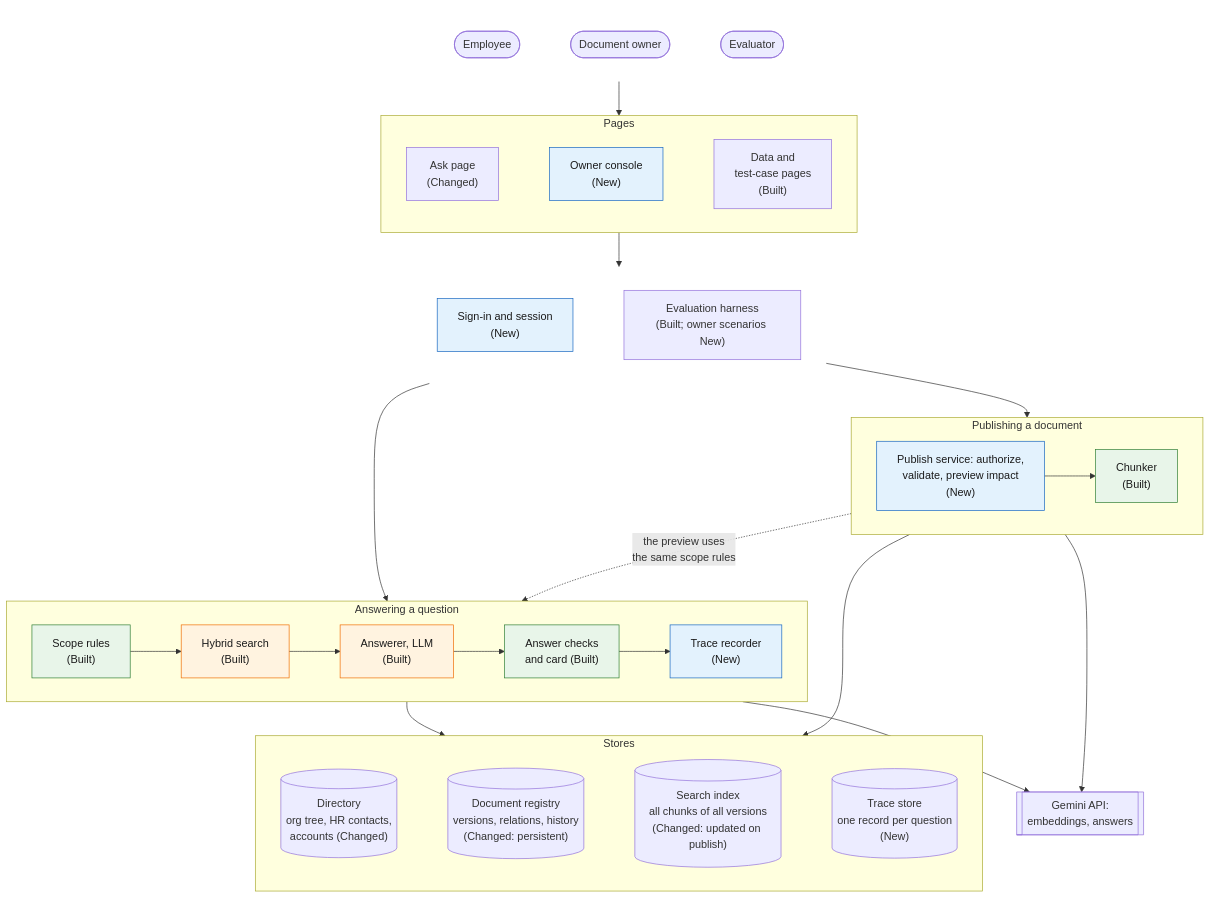
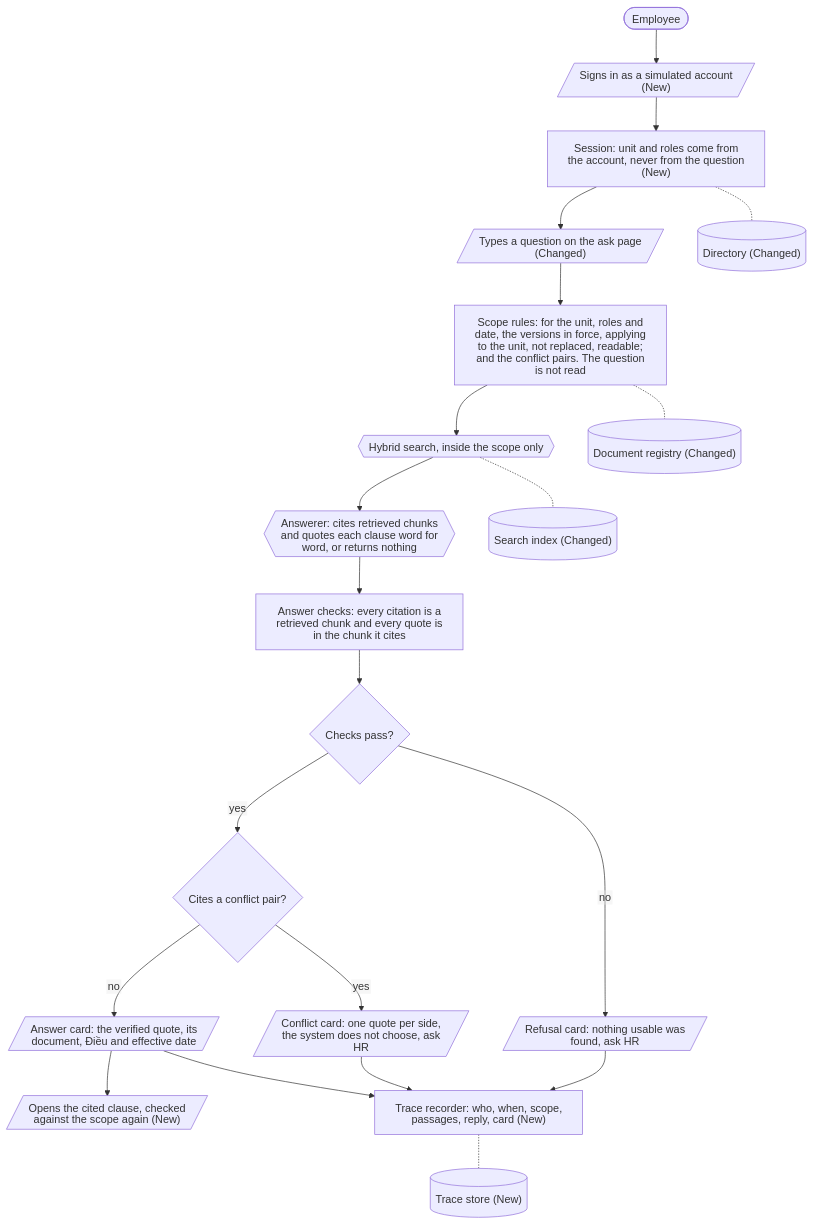
Before and after one commit to Park-Hip/next-gen-2026: the first of 7 diagrams in docs/system_design.md, drawn with Mermaid. The commit also changed other lines of this file, not shown here.

Commit message:
System design: contents table, spec as the requirements source, one shape-coded flowchart per workflow

````diff
--- a/docs/system_design.md
+++ b/docs/system_design.md
@@ -111,72 +77,43 @@
 ```mermaid
-flowchart TB
-    subgraph people[" "]
-        direction LR
-        employee([Employee])
-        owner([Document owner])
-        evaluator([Evaluator])
-        employee ~~~ owner ~~~ evaluator
-    end
+---
+config:
+  htmlLabels: false
+  flowchart:
+    htmlLabels: false
+    wrappingWidth: 260
+---
+flowchart TD
+    employee([Employee])
+    signin[/"Signs in as a simulated account (New)"/]
+    session["Session: unit and roles come from the account, never from the question (New)"]
+    question[/"Types a question on the ask page (Changed)"/]
+    scope["Scope rules: for the unit, roles and date, the versions in force, applying to the unit, not replaced, readable; and the conflict pairs. The question is not read"]
+    search{{"Hybrid search, inside the scope only"}}
+    answerer{{"Answerer: cites retrieved chunks and quotes each clause word for word, or returns nothing"}}
+    checksnote["Answer checks: every citation is a retrieved chunk and every quote is in the chunk it cites"]
+    verified{"Checks pass?"}
+    conflict{"Cites a conflict pair?"}
+    refusal[/"Refusal card: nothing usable was found, ask HR"/]
+    conflictcard[/"Conflict card: one quote per side, the system does not choose, ask HR"/]
+    answercard[/"Answer card: the verified quote, its document, Điều and effective date"/]
+    clause[/"Opens the cited clause, checked against the scope again (New)"/]
+    trace["Trace recorder: who, when, scope, passages, reply, card (New)"]
+    directory[("Directory (Changed)")]
+    registry[("Document registry (Changed)")]
+    index[("Search index (Changed)")]
+    traces[("Trace store (New)")]
 
-    subgraph web["Pages"]
-        direction LR
-        askpage["Ask page<br/>(Changed)"]
-        console["Owner console<br/>(New)"]
-        guide["Data and<br/>test-case pages<br/>(Built)"]
-        askpage ~~~ console ~~~ guide
-    end
-
-    subgraph sessionbox[" "]
-        direction LR
-        session["Sign-in and session<br/>(New)"]
-        evalh["Evaluation harness<br/>(Built; owner scenarios New)"]
-        session ~~~ evalh
-    end
-
-    subgraph answering["Answering a question"]
-        direction LR
-        scoperules["Scope rules<br/>(Built)"]
-        search["Hybrid search<br/>(Built)"]
-        answerer["Answerer, LLM<br/>(Built)"]
-        checks["Answer checks<br/>and card (Built)"]
-        tracer["Trace recorder<br/>(New)"]
-        scoperules --> search --> answerer --> checks --> tracer
-    end
-
-    subgraph publishing["Publishing a document"]
-        direction LR
-        pubsvc["Publish service: authorize,<br/>validate, preview impact<br/>(New)"]
-        chunker["Chunker<br/>(Built)"]
-        pubsvc --> chunker
-    end
-
-    subgraph stores["Stores"]
-        direction LR
-        directory[("Directory<br/>org tree, HR contacts,<br/>accounts (Changed)")]
-        registry[("Document registry<br/>versions, relations, history<br/>(Changed: persistent)")]
-        index[("Search index<br/>all chunks of all versions<br/>(Changed: updated on publish)")]
-        traces[("Trace store<br/>one record per question<br/>(New)")]
-        directory ~~~ registry ~~~ index ~~~ traces
-    end
-
-    gemini[["Gemini API:<br/>embeddings, answers"]]
-
-    people --> web
-    web --> sessionbox
-    sessionbox --> answering
-    sessionbox --> publishing
-    publishing -. "the preview uses<br/>the same scope rules" .-> answering
-    answering --> stores
-    publishing --> stores
-    answering --> gemini
-    publishing --> gemini
-
-    classDef rule fill:#e8f5e9,stroke:#2e7d32,color:#1b1b1b
-    classDef llm fill:#fff3e0,stroke:#ef6c00,color:#1b1b1b
-    classDef new fill:#e3f2fd,stroke:#1565c0,color:#1b1b1b
-    class scoperules,checks,chunker rule
-    class search,answerer llm
-    class console,session,pubsvc,tracer new
-    style people fill:transparent,stroke:transparent
-    style sessionbox fill:transparent,stroke:transparent
+    employee --> signin --> session --> question --> scope --> search --> answerer --> checksnote --> verified
+    verified -- no --> refusal
+    verified -- yes --> conflict
+    conflict -- yes --> conflictcard
+    conflict -- no --> answercard
+    answercard --> clause
+    refusal --> trace
+    conflictcard --> trace
+    answercard --> trace
+    session -.- directory
+    scope -.- registry
+    search -.- index
+    trace -.- traces
 ```
````
